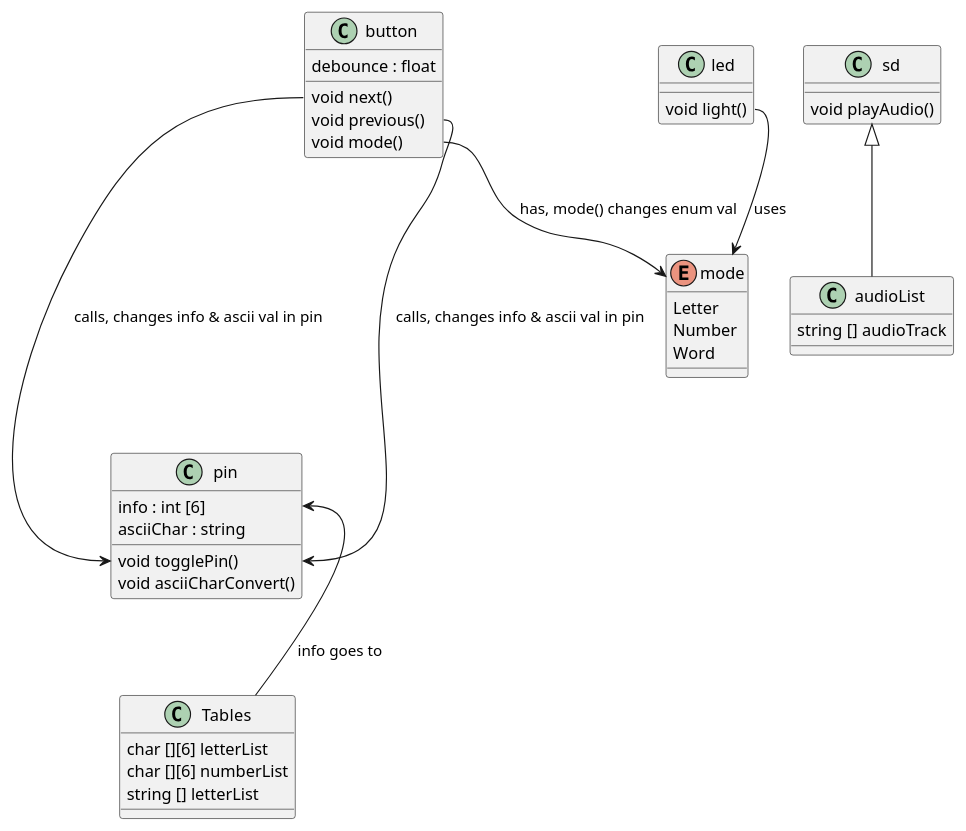
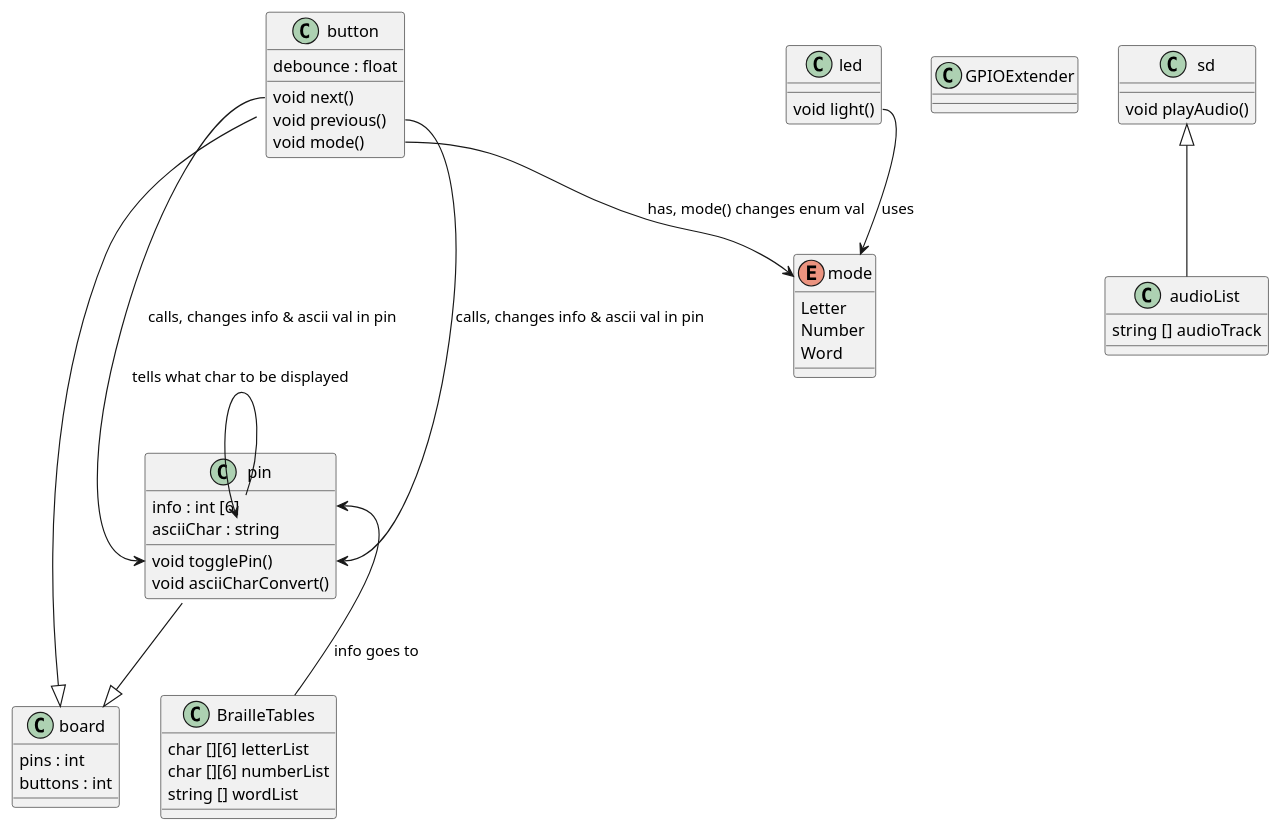
Before and after one commit to nathe6/ENGR696-Braille: the diagram in Braille_Project/main/Braille.puml, drawn with PlantUML.

Commit message:
First uml design

```diff
--- a/Braille_Project/main/Braille.puml
+++ b/Braille_Project/main/Braille.puml
@@ -1,45 +1,58 @@
 @startuml braille
+
+class board {
+    pins : int
+    buttons : int
+}
+
+button --|> board
+pin --|> board
 
 class pin {
     info : int [6]
     asciiChar : string
     void togglePin()
     void asciiCharConvert()
 }
 
-    pin::info <-- Tables : info goes to
-    Tables : char [][6] letterList
-    Tables : char [][6] numberList
-    Tables : string [] letterList
+    pin::info <-- BrailleTables : info goes to
+    BrailleTables : char [][6] letterList
+    BrailleTables : char [][6] numberList
+    BrailleTables : string [] wordList
+    pin::info --> pin::asciiChar : tells what char to be displayed
 
 class button {
     debounce : float 
     void next() 
     void previous()
     void mode()
+}
+
+class GPIOExtender {
+
 }
 
 class sd {
     void playAudio()
 }
 
     sd <|-- audioList 
     audioList : string [] audioTrack
 
 class led {
     void light()
 }
 
     led::light --> mode : uses
 
 enum mode {
     Letter
     Number
     Word
 } 
 
     button::next ---> pin::togglePin : calls, changes info & ascii val in pin
     button::previous ---> pin::togglePin : calls, changes info & ascii val in pin
     button::mode --> mode : has, mode() changes enum val
 
 @enduml
```
